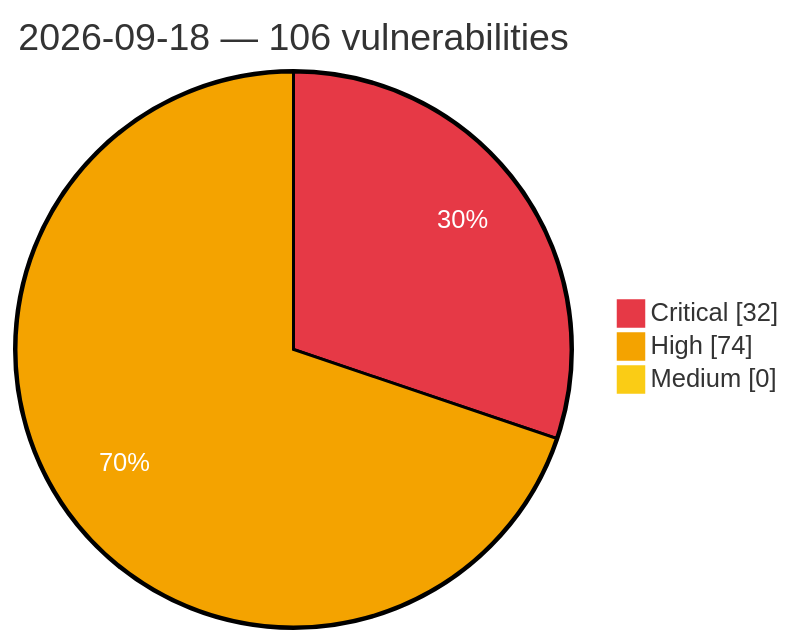
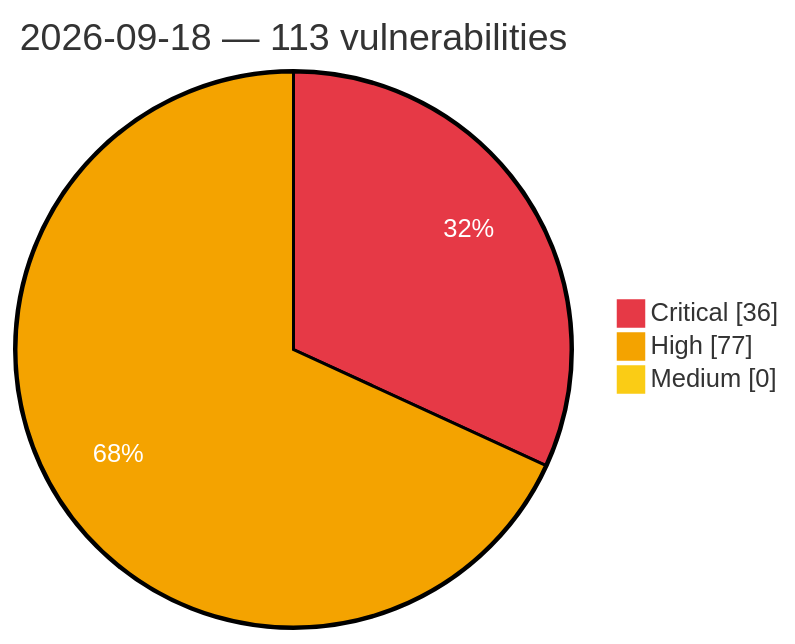
Before and after one commit to GhostX0X/vuln-tracker: the diagram in vulnerabilities/2026/September/2026-09-18.md, drawn with Mermaid. The commit also changed other lines of this file and 5 other files, not shown here.

Commit message:
Auto update: critical/high vulns (2026-09-19 00:29 UTC)

````diff
--- a/vulnerabilities/2026/September/2026-09-18.md
+++ b/vulnerabilities/2026/September/2026-09-18.md
@@ -3,8 +3,8 @@
 ```mermaid
 %%{init: {'theme':'base', 'themeVariables': {'pie1':'#e63946', 'pie2':'#f4a300', 'pie3':'#facc15', 'pieOpacity':'1', 'pieOuterStrokeWidth':'2px', 'pieSectionTextColor':'#ffffff'}}}%%
 pie showData
-    title 2026-09-18 — 106 vulnerabilities
-    "Critical" : 32
-    "High" : 74
+    title 2026-09-18 — 113 vulnerabilities
+    "Critical" : 36
+    "High" : 77
     "Medium" : 0
 ```
````
